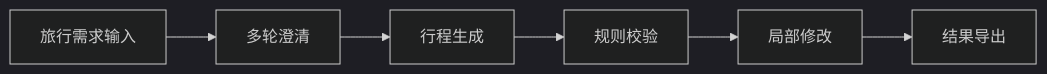
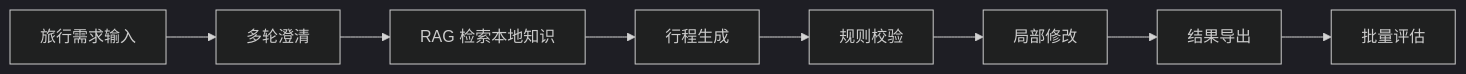
The diagram in README.md (yanptang/OpenTravel), drawn with Mermaid (dark theme) before and after one commit. The commit also changed other lines of this file and 110 other files, not shown here.

````diff
--- a/README.md
+++ b/README.md
@@ -138,8 +162,10 @@
 ```mermaid
 flowchart LR
   A[旅行需求输入] --> B[多轮澄清]
-  B --> C[行程生成]
-  C --> D[规则校验]
-  D --> E[局部修改]
-  E --> F[结果导出]
+  B --> C[RAG 检索本地知识]
+  C --> D[行程生成]
+  D --> E[规则校验]
+  E --> F[局部修改]
+  F --> G[结果导出]
+  G --> H[批量评估]
 ```
````
